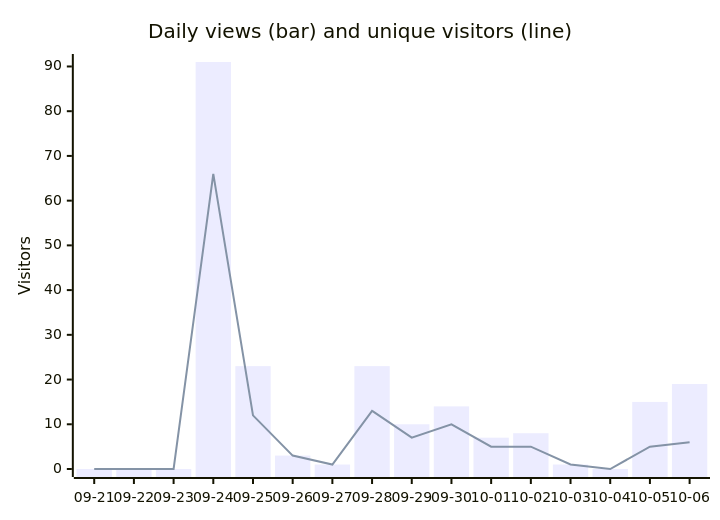
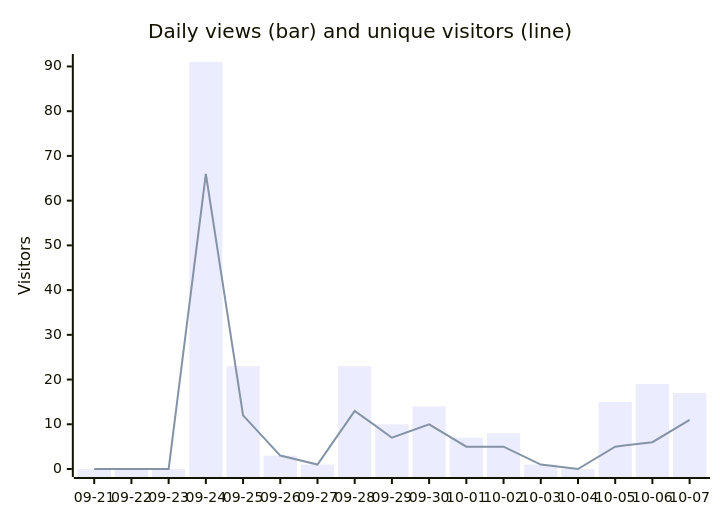
One commit to babson44/azure-vm-modernization-toolkit changed the first of 2 diagrams in metrics/DASHBOARD.md. Above: the diagram before and after it, drawn with Mermaid. The commit also changed other lines of this file and 2 other files, not shown here.

````diff
--- a/metrics/DASHBOARD.md
+++ b/metrics/DASHBOARD.md
@@ -18,8 +18,8 @@
 ```mermaid
 xychart-beta
     title "Daily views (bar) and unique visitors (line)"
-    x-axis [09-21, 09-22, 09-23, 09-24, 09-25, 09-26, 09-27, 09-28, 09-29, 09-30, 10-01, 10-02, 10-03, 10-04, 10-05, 10-06]
+    x-axis [09-21, 09-22, 09-23, 09-24, 09-25, 09-26, 09-27, 09-28, 09-29, 09-30, 10-01, 10-02, 10-03, 10-04, 10-05, 10-06, 10-07]
     y-axis "Visitors" 0 --> 91
-    bar [0, 0, 0, 91, 23, 3, 1, 23, 10, 14, 7, 8, 1, 0, 15, 19]
-    line [0, 0, 0, 66, 12, 3, 1, 13, 7, 10, 5, 5, 1, 0, 5, 6]
+    bar [0, 0, 0, 91, 23, 3, 1, 23, 10, 14, 7, 8, 1, 0, 15, 19, 17]
+    line [0, 0, 0, 66, 12, 3, 1, 13, 7, 10, 5, 5, 1, 0, 5, 6, 11]
 ```
````
